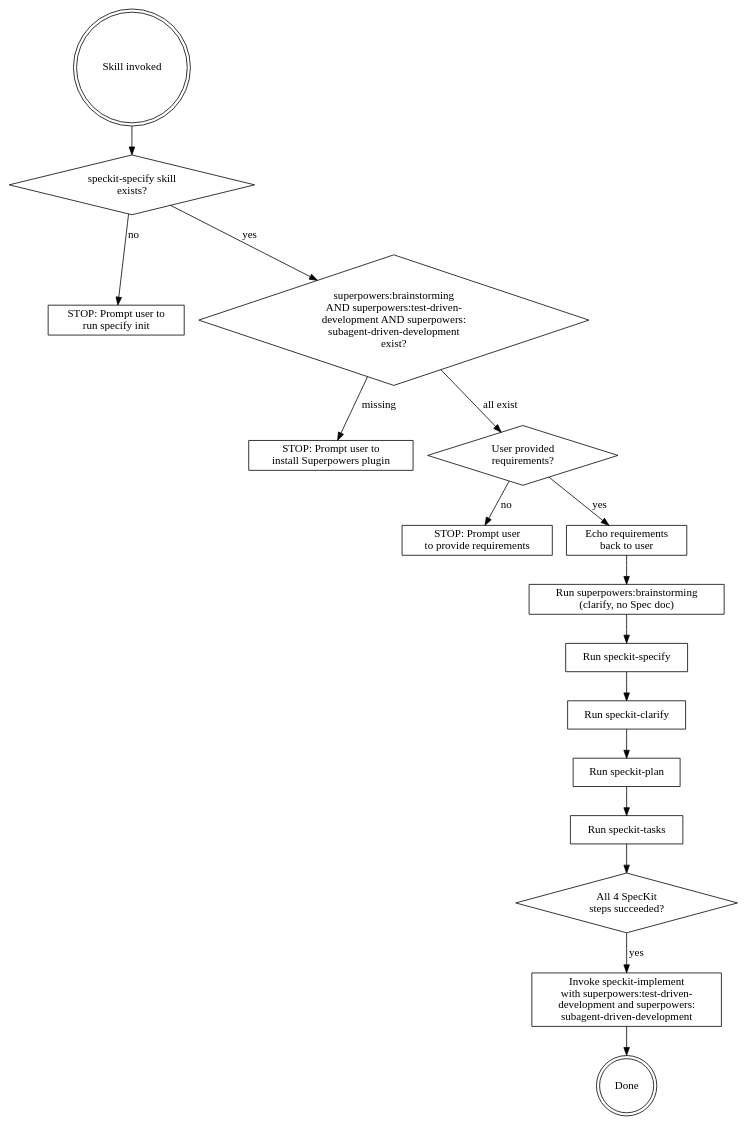
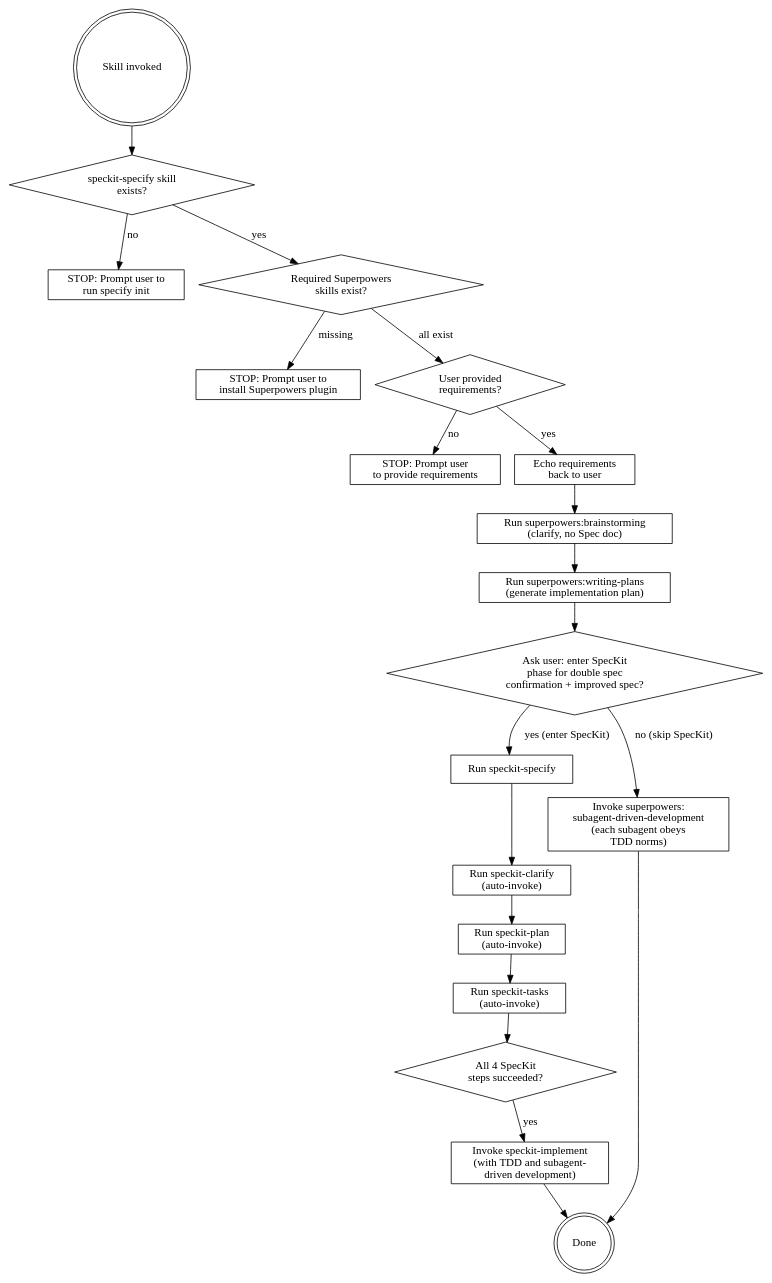
Before and after one commit to zhang-songhan/yanzhi-sdd-workflow: the diagram in skills/brainstorm-specify-implement/SKILL.md, drawn with Graphviz. The commit also changed other lines of this file and 2 other files, not shown here.

First line of the commit message:
v260612-130916 chore. update brainstorm-specify-implement workflow and bump version

````diff
--- a/skills/brainstorm-specify-implement/SKILL.md
+++ b/skills/brainstorm-specify-implement/SKILL.md
@@ -12,38 +12,45 @@
 ```dot
 digraph workflow {
     rankdir=TB;
 
     start [label="Skill invoked", shape=doublecircle];
     check_speckit [label="speckit-specify skill\nexists?", shape=diamond];
     stop_speckit [label="STOP: Prompt user to\nrun specify init", shape=box];
-    check_superpowers [label="superpowers:brainstorming\nAND superpowers:test-driven-\ndevelopment AND superpowers:\nsubagent-driven-development\nexist?", shape=diamond];
+    check_superpowers [label="Required Superpowers\nskills exist?", shape=diamond];
     stop_superpowers [label="STOP: Prompt user to\ninstall Superpowers plugin", shape=box];
     check_requirements [label="User provided\nrequirements?", shape=diamond];
     stop_no_req [label="STOP: Prompt user\nto provide requirements", shape=box];
     echo_req [label="Echo requirements\nback to user", shape=box];
     brainstorm [label="Run superpowers:brainstorming\n(clarify, no Spec doc)", shape=box];
+    writing_plan [label="Run superpowers:writing-plans\n(generate implementation plan)", shape=box];
+    ask_speckit [label="Ask user: enter SpecKit\nphase for double spec\nconfirmation + improved spec?", shape=diamond];
     specify [label="Run speckit-specify", shape=box];
-    clarify [label="Run speckit-clarify", shape=box];
-    plan [label="Run speckit-plan", shape=box];
-    tasks [label="Run speckit-tasks", shape=box];
+    clarify [label="Run speckit-clarify\n(auto-invoke)", shape=box];
+    plan [label="Run speckit-plan\n(auto-invoke)", shape=box];
+    tasks [label="Run speckit-tasks\n(auto-invoke)", shape=box];
     check_all_done [label="All 4 SpecKit\nsteps succeeded?", shape=diamond];
-    implement [label="Invoke speckit-implement\nwith superpowers:test-driven-\ndevelopment and superpowers:\nsubagent-driven-development", shape=box];
+    implement_speckit [label="Invoke speckit-implement\n(with TDD and subagent-\ndriven development)", shape=box];
+    implement_direct [label="Invoke superpowers:\nsubagent-driven-development\n(each subagent obeys\nTDD norms)", shape=box];
     done [label="Done", shape=doublecircle];
 
     start -> check_speckit;
     check_speckit -> stop_speckit [label="no"];
     check_speckit -> check_superpowers [label="yes"];
     check_superpowers -> stop_superpowers [label="missing"];
     check_superpowers -> check_requirements [label="all exist"];
     check_requirements -> stop_no_req [label="no"];
     check_requirements -> echo_req [label="yes"];
     echo_req -> brainstorm;
-    brainstorm -> specify;
+    brainstorm -> writing_plan;
+    writing_plan -> ask_speckit;
+    ask_speckit -> specify [label="yes (enter SpecKit)"];
     specify -> clarify;
     clarify -> plan;
     plan -> tasks;
     tasks -> check_all_done;
-    check_all_done -> implement [label="yes"];
-    implement -> done;
+    check_all_done -> implement_speckit [label="yes"];
+    implement_speckit -> done;
+    ask_speckit -> implement_direct [label="no (skip SpecKit)"];
+    implement_direct -> done;
 }
 ```
````
